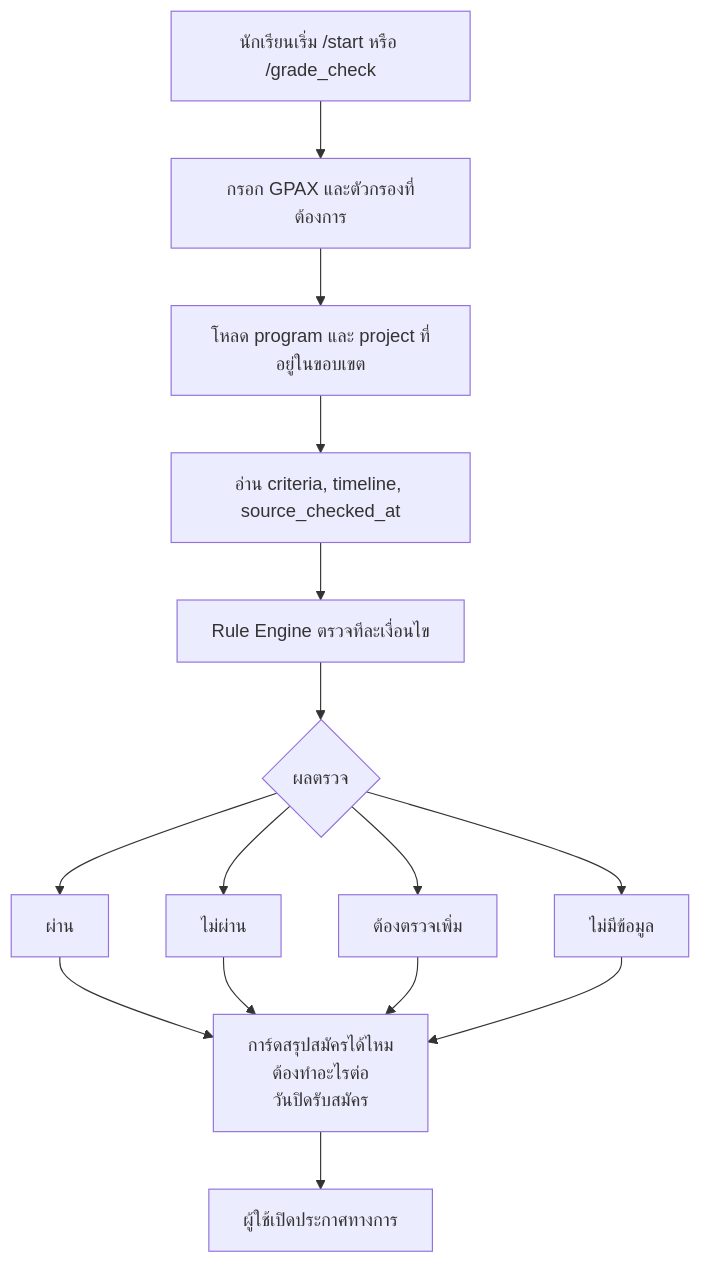
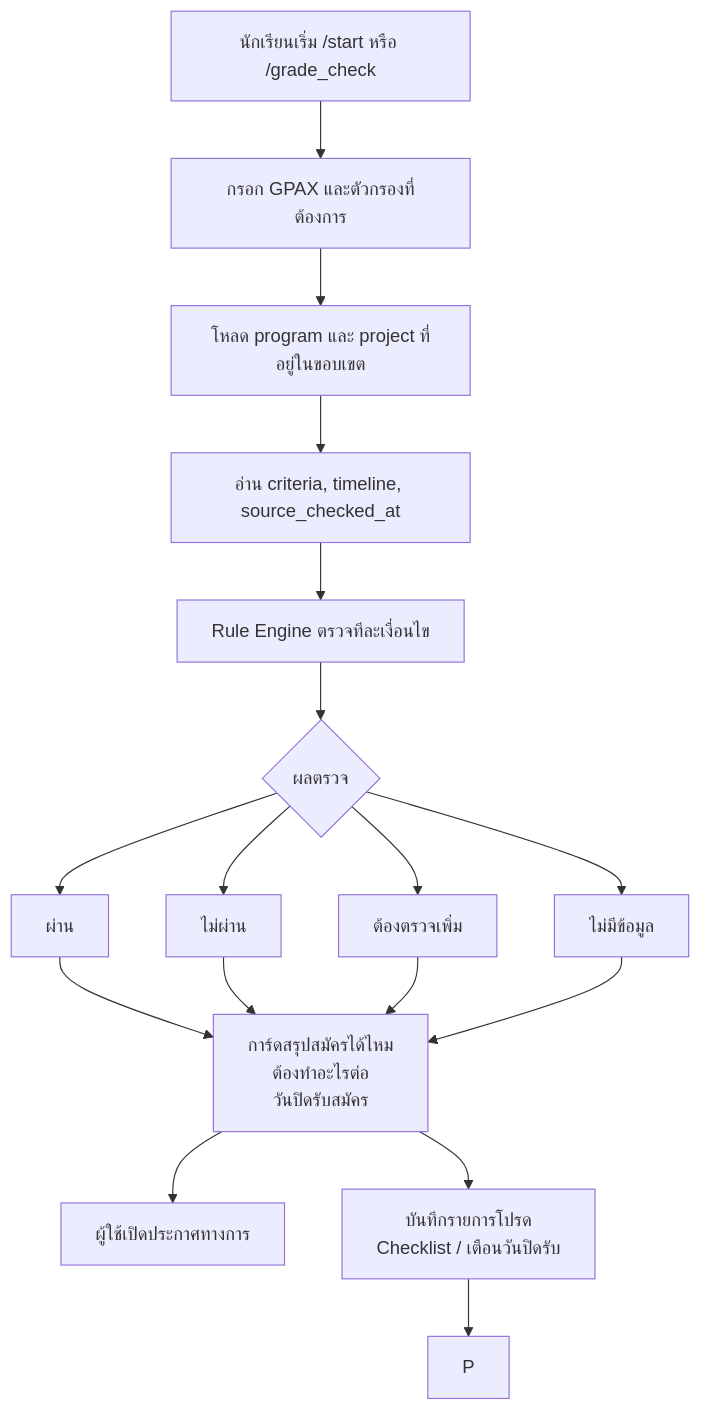
Before and after one commit to peerephat54/Bot_1: the second of 2 diagrams in docs/ARCHITECTURE.md, drawn with Mermaid. The commit also changed other lines of this file and 10 other files, not shown here.

````diff
--- a/docs/ARCHITECTURE.md
+++ b/docs/ARCHITECTURE.md
@@ -41,26 +47,30 @@
 ```mermaid
 flowchart TD
     A[นักเรียนเริ่ม /start หรือ /grade_check]
     B[กรอก GPAX และตัวกรองที่ต้องการ]
     C[โหลด program และ project ที่อยู่ในขอบเขต]
     D[อ่าน criteria, timeline, source_checked_at]
     E[Rule Engine ตรวจทีละเงื่อนไข]
     F{ผลตรวจ}
     G[ผ่าน]
     H[ไม่ผ่าน]
     I[ต้องตรวจเพิ่ม]
     J[ไม่มีข้อมูล]
     K[การ์ดสรุปสมัครได้ไหม\nต้องทำอะไรต่อ\nวันปิดรับสมัคร]
     L[ผู้ใช้เปิดประกาศทางการ]
+    M[บันทึกรายการโปรด
+    Checklist / เตือนวันปิดรับ]
 
     A --> B --> C --> D --> E --> F
     F --> G
     F --> H
     F --> I
     F --> J
     G --> K
     H --> K
     I --> K
     J --> K
     K --> L
+    K --> M
+    M --> P
 ```
````
